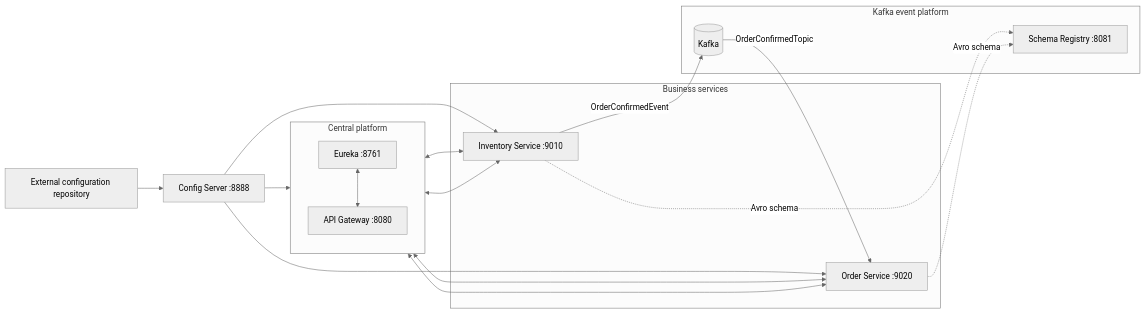
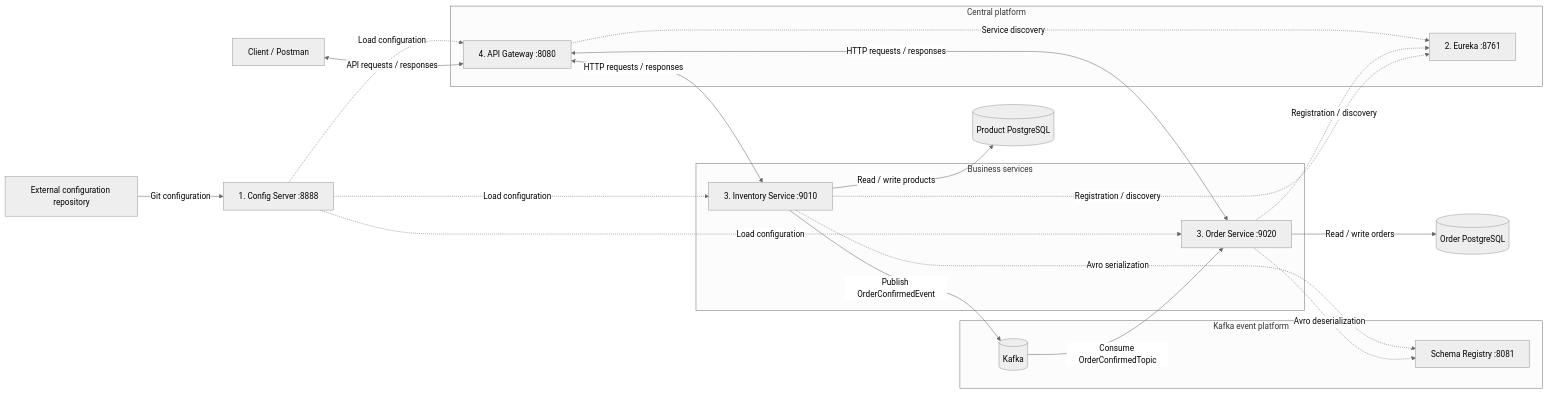
One commit to shubhgaur37/eCommerce changed the first of 4 diagrams in README.md. Above: the diagram before and after it, drawn with Mermaid (neutral theme). The commit also changed other lines of this file and 6 other files, not shown here.

````diff
--- a/README.md
+++ b/README.md
@@ -36,35 +10,39 @@
 ```mermaid
 flowchart LR
-    configRepo["External configuration repository"] --> configServer["Config Server :8888"]
+    configRepo["External configuration repository"] -->|"Git configuration"| configServer["1. Config Server :8888"]
 
     subgraph platform["Central platform"]
-        direction TB
-        gateway["API Gateway :8080"]
-        discovery["Eureka :8761"]
+        gateway["4. API Gateway :8080"]
+        discovery["2. Eureka :8761"]
     end
 
     subgraph applications["Business services"]
-        order["Order Service :9020"]
-        inventory["Inventory Service :9010"]
+        order["3. Order Service :9020"]
+        inventory["3. Inventory Service :9010"]
     end
 
-    configServer --> gateway
-    configServer --> order
-    configServer --> inventory
+    configServer -. "Load configuration" .-> gateway
+    configServer -. "Load configuration" .-> order
+    configServer -. "Load configuration" .-> inventory
 
-    gateway <--> order
-    gateway <--> inventory
-    discovery <--> gateway
-    discovery <--> order
-    discovery <--> inventory
+    client["Client / Postman"] <-->|"API requests / responses"| gateway
+
+    gateway <-->|"HTTP requests / responses"| order
+    gateway <-->|"HTTP requests / responses"| inventory
+    gateway -. "Service discovery" .-> discovery
+    order -. "Registration / discovery" .-> discovery
+    inventory -. "Registration / discovery" .-> discovery
+
+    inventory -->|"Read / write products"| productDb[("Product PostgreSQL")]
+    order -->|"Read / write orders"| orderDb[("Order PostgreSQL")]
 
     subgraph events["Kafka event platform"]
         kafka[(Kafka)]
         schemaRegistry["Schema Registry :8081"]
     end
 
-    inventory -->|OrderConfirmedEvent| kafka
-    kafka -->|OrderConfirmedTopic| order
-    inventory -. Avro schema .-> schemaRegistry
-    order -. Avro schema .-> schemaRegistry
+    inventory -->|"Publish OrderConfirmedEvent"| kafka
+    kafka -->|"Consume OrderConfirmedTopic"| order
+    inventory -. "Avro serialization" .-> schemaRegistry
+    order -. "Avro deserialization" .-> schemaRegistry
 ```
````
